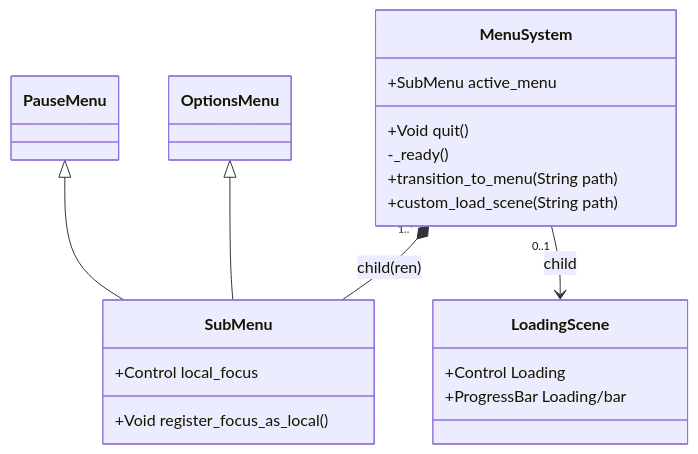
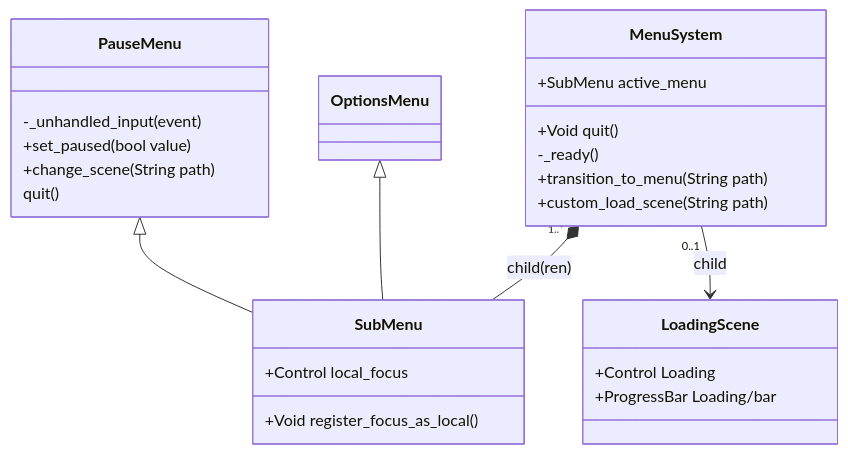
The second of 2 diagrams in README.md (Collins-Simon/ChairKnight), drawn with Mermaid before and after one commit.

Commit message:
#26 added PauseMenu Functions

````diff
--- a/README.md
+++ b/README.md
@@ -25,22 +25,27 @@
 ```mermaid
 %% This is the UML of the menu system
 classDiagram
 
     MenuSystem "1..*" *-- SubMenu : child(ren)
     OptionsMenu <|-- SubMenu
     PauseMenu <|-- SubMenu
     MenuSystem "0..1" --> LoadingScene : child
 
     SubMenu : +Control local_focus
     SubMenu : +Void register_focus_as_local()
 
     MenuSystem : +SubMenu active_menu
     MenuSystem : +Void quit()
     MenuSystem : -_ready()
     MenuSystem : +transition_to_menu(String path)
     MenuSystem : +custom_load_scene(String path)
 
     LoadingScene : +Control Loading
     LoadingScene : +ProgressBar Loading/bar
 
+    PauseMenu : -_unhandled_input(event)
+    PauseMenu : +set_paused(bool value)
+    PauseMenu : +change_scene(String path)
+    PauseMenu : quit()
+
 ```
````
